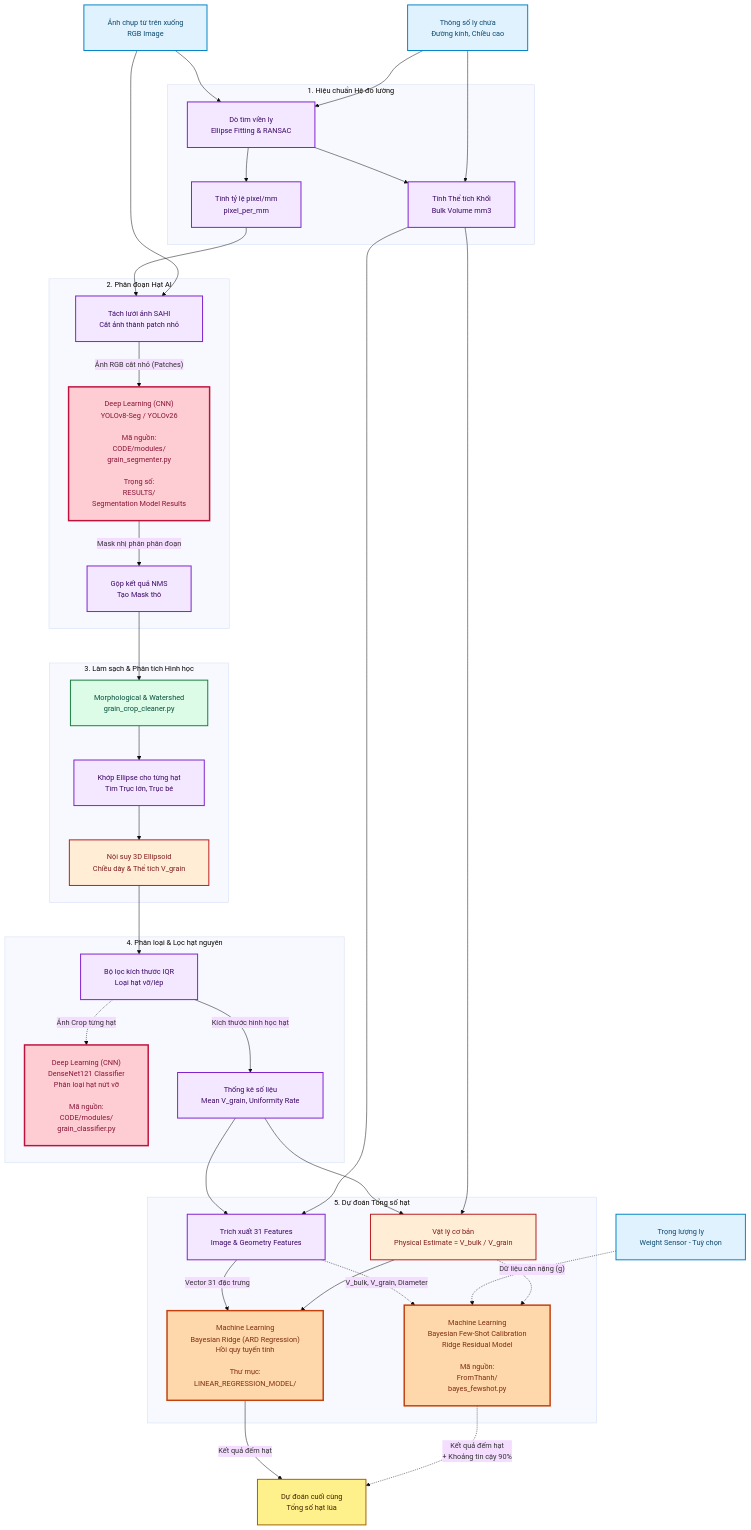
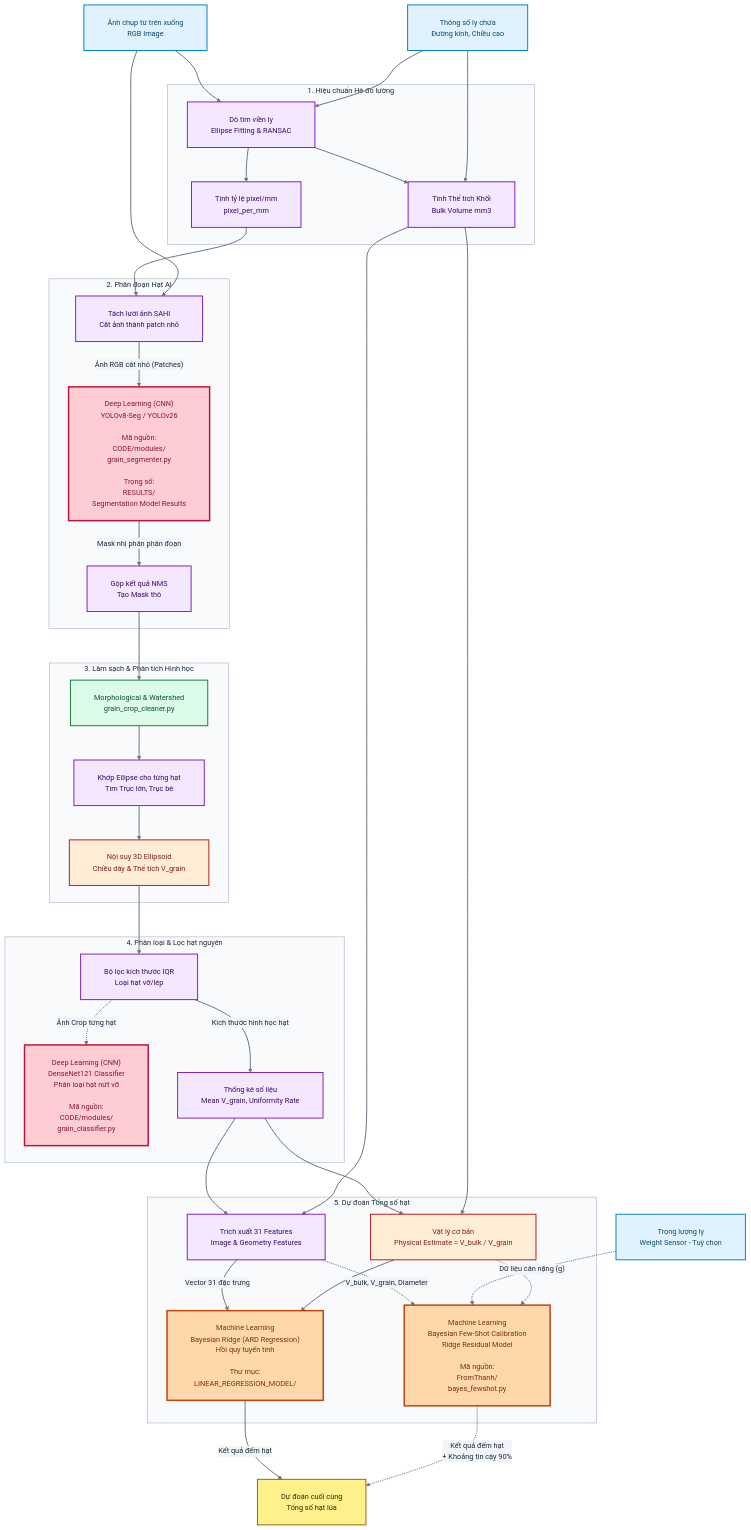
The diagram in PROJECT_ARCHITECTURE/ricai_pipeline_flowchart.md (NguyenMinhTri24072005/Research-RICAI), drawn with Mermaid before and after one commit.

Commit message:
adkjabdkjad

````diff
--- a/PROJECT_ARCHITECTURE/ricai_pipeline_flowchart.md
+++ b/PROJECT_ARCHITECTURE/ricai_pipeline_flowchart.md
@@ -5,5 +5,5 @@
 ```mermaid
-%%{init: {"theme": "base", "themeVariables": {"fontFamily": "Arial, Helvetica, sans-serif", "fontSize": "15px"}, "flowchart": {"htmlLabels": true, "padding": 24, "nodeSpacing": 60, "rankSpacing": 70, "wrappingWidth": 260}}}%%
+%%{init: {"theme": "base", "themeVariables": {"fontFamily": "Arial, Helvetica, sans-serif", "fontSize": "15px", "lineColor": "#6b7280", "textColor": "#1f2937", "primaryTextColor": "#1f2937", "tertiaryTextColor": "#1f2937", "titleColor": "#1f2937", "edgeLabelBackground": "#f1f5f9", "clusterBkg": "#f8fafc", "clusterBorder": "#94a3b8"}, "flowchart": {"htmlLabels": true, "padding": 24, "nodeSpacing": 60, "rankSpacing": 70, "wrappingWidth": 260}}}%%
 flowchart TD
     %% Định nghĩa các Style
     classDef input fill:#e0f2fe,stroke:#0284c7,stroke-width:2px,color:#0c4a6e
@@ -13,6 +13,9 @@
     classDef postprocess fill:#dcfce7,stroke:#15803d,stroke-width:2px,color:#064e3b
     classDef math fill:#ffedd5,stroke:#b91c1c,stroke-width:2px,color:#7f1d1d
     classDef output fill:#fef08a,stroke:#a16207,stroke-width:2px,color:#422006
+
+    %% Đường nối: màu xám trung tính, nhìn rõ trên cả nền sáng lẫn tối
+    linkStyle default stroke:#6b7280,stroke-width:2px
 
     %% 1. Input
     I1["Ảnh chụp từ trên xuống<br/>RGB Image"]:::input
````
